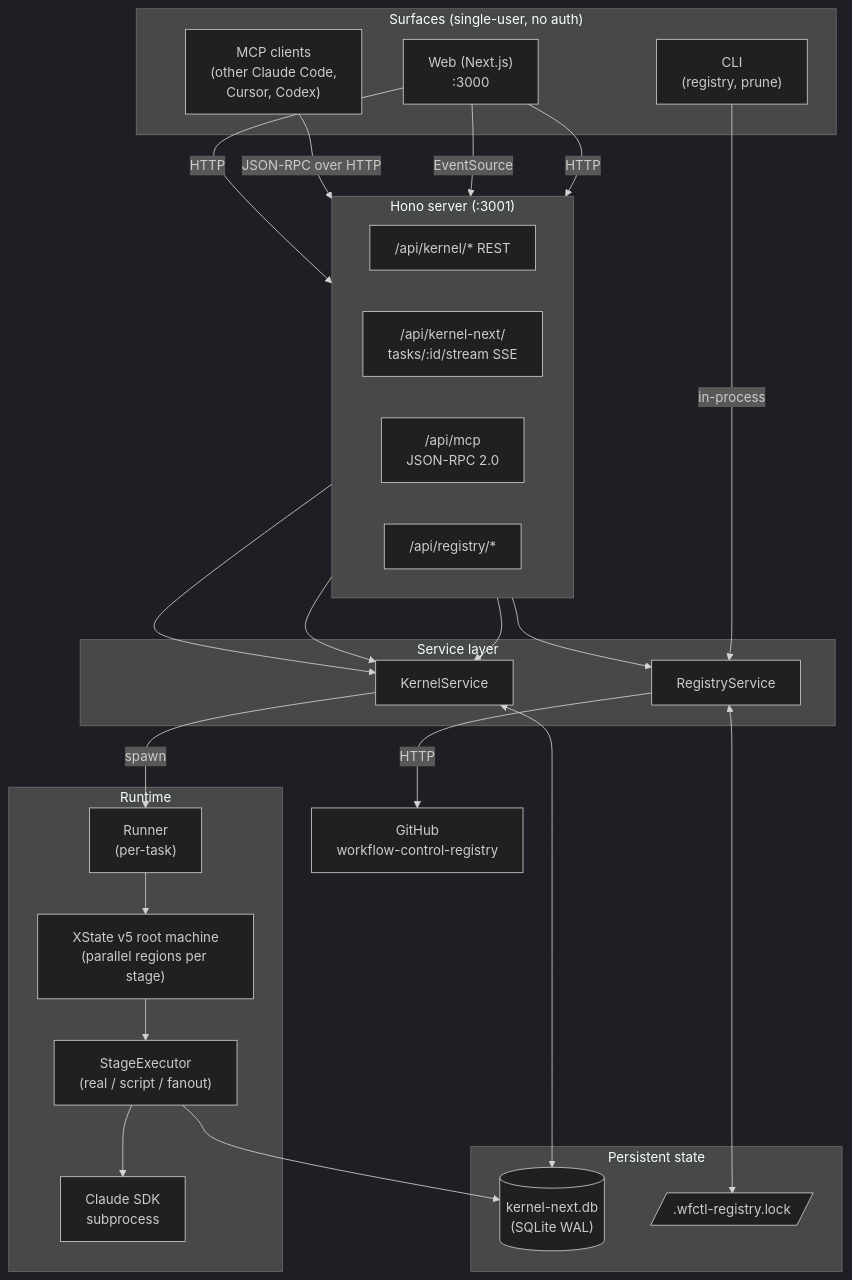
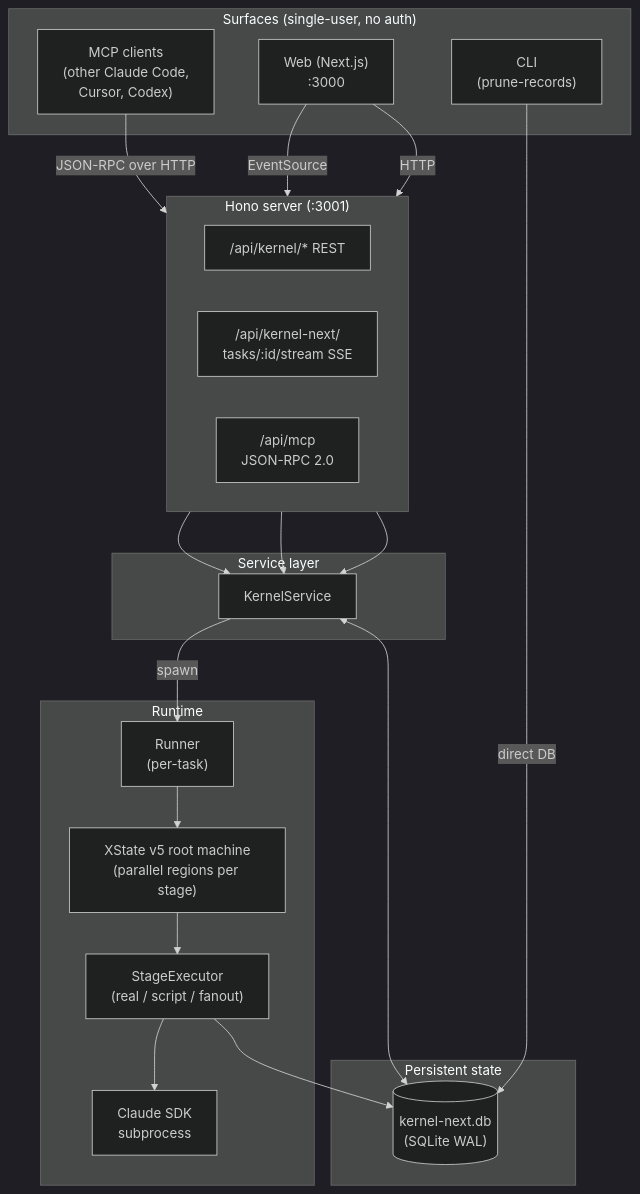
Before and after one commit to ymh357/workflow-control: the first of 14 diagrams in docs/whitepaper-visuals.md, drawn with Mermaid (dark theme). The commit also changed other lines of this file and 86 other files, not shown here.

````diff
--- a/docs/whitepaper-visuals.md
+++ b/docs/whitepaper-visuals.md
@@ -19,54 +19,46 @@
 ```mermaid
 flowchart TB
   subgraph SURFACES["Surfaces (single-user, no auth)"]
     WEB["Web (Next.js)<br/>:3000"]
     MCP_CLIENT["MCP clients<br/>(other Claude Code,<br/>Cursor, Codex)"]
-    CLI["CLI<br/>(registry, prune)"]
+    CLI["CLI<br/>(prune-records)"]
   end
 
   subgraph HONO["Hono server (:3001)"]
     direction LR
     REST["/api/kernel/* REST"]
     SSE["/api/kernel-next/<br/>tasks/:id/stream SSE"]
     MCP_HTTP["/api/mcp<br/>JSON-RPC 2.0"]
-    REGAPI["/api/registry/*"]
   end
 
   subgraph CORE["Service layer"]
     KSVC["KernelService"]
-    REGSVC["RegistryService"]
   end
 
   subgraph STATE["Persistent state"]
     DB[("kernel-next.db<br/>(SQLite WAL)")]
-    LOCK[/".wfctl-registry.lock"/]
   end
 
   subgraph RUNTIME["Runtime"]
     RUNNER["Runner<br/>(per-task)"]
     MACHINE["XState v5 root machine<br/>(parallel regions per stage)"]
     EXEC["StageExecutor<br/>(real / script / fanout)"]
     SDK["Claude SDK<br/>subprocess"]
   end
 
   WEB -->|HTTP| REST
   WEB -->|EventSource| SSE
   MCP_CLIENT -->|JSON-RPC over HTTP| MCP_HTTP
-  CLI -->|in-process| REGSVC
-  WEB -->|HTTP| REGAPI
+  CLI -->|direct DB| DB
 
   REST --> KSVC
   SSE --> KSVC
   MCP_HTTP --> KSVC
-  REGAPI --> REGSVC
 
   KSVC <--> DB
   KSVC -->|spawn| RUNNER
   RUNNER --> MACHINE
   MACHINE --> EXEC
   EXEC --> SDK
   EXEC --> DB
-
-  REGSVC <--> LOCK
-  REGSVC -->|HTTP| GH["GitHub<br/>workflow-control-registry"]
 ```
````
